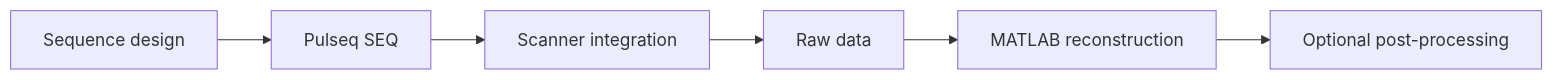
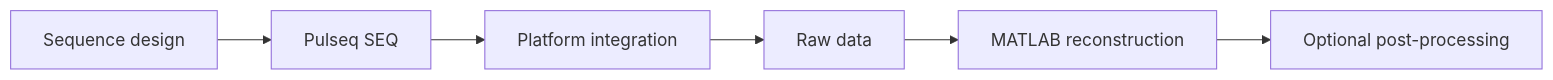
The diagram in docs/index.md (BennyZhang-Codes/tse-pulseq-matlab), drawn with Mermaid before and after one commit. The commit also changed other lines of this file, not shown here.

Commit message:
docs: refocus overview on open sequence engineering

````diff
--- a/docs/index.md
+++ b/docs/index.md
@@ -47,8 +47,8 @@
 ```mermaid
 flowchart LR
     A[Sequence design] --> B[Pulseq SEQ]
-    B --> C[Scanner integration]
+    B --> C[Platform integration]
     C --> D[Raw data]
     D --> E[MATLAB reconstruction]
     E --> F[Optional post-processing]
 ```
````
